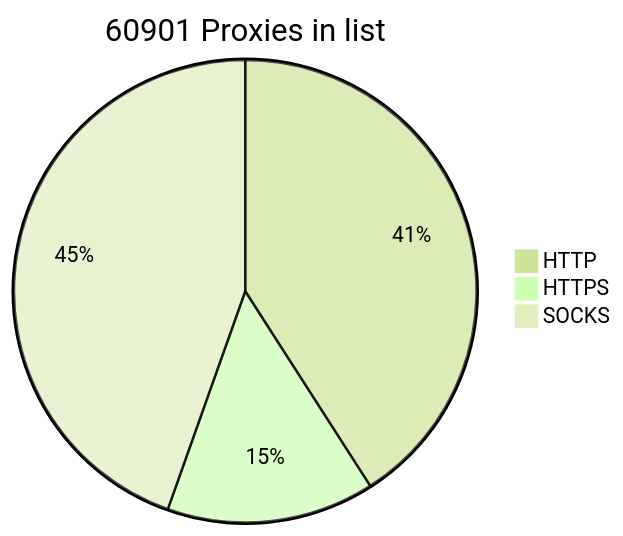
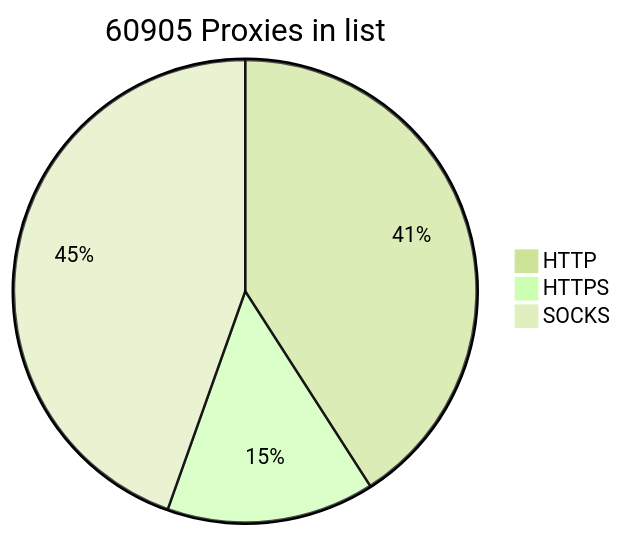
Before and after one commit to BlackSnowDot/proxylist-update-every-minute: the diagram in README.md, drawn with Mermaid (forest theme).

````diff
--- a/README.md
+++ b/README.md
@@ -2,6 +2,6 @@
 ```mermaid
-pie title 60901 Proxies in list
-    "HTTP" : 28231
+pie title 60905 Proxies in list
+    "HTTP" : 28236
     "HTTPS": 10015
     "SOCKS" : 30751
 ```
````
